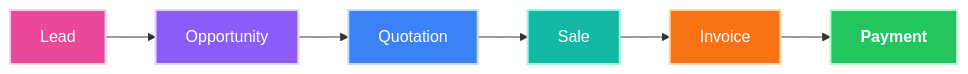
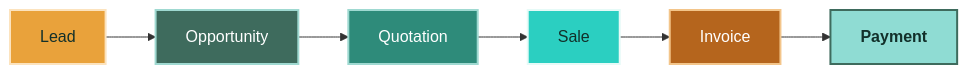
Before and after one commit to NoohSD/NoohSD: the fifth of 6 diagrams in README.md, drawn with Mermaid. The commit also changed other lines of this file, not shown here.

````diff
--- a/README.md
+++ b/README.md
@@ -254,16 +258,16 @@
 ```mermaid
 flowchart LR
     L[Lead] --> O[Opportunity] --> Q[Quotation] --> S[Sale] --> I[Invoice] --> P[Payment]
-    classDef s1 fill:#EC4899,color:#FFFFFF,stroke:#FBCFE8,stroke-width:2px
-    classDef s2 fill:#8B5CF6,color:#FFFFFF,stroke:#DDD6FE,stroke-width:2px
-    classDef s3 fill:#3B82F6,color:#FFFFFF,stroke:#BFDBFE,stroke-width:2px
-    classDef s4 fill:#14B8A6,color:#FFFFFF,stroke:#99F6E4,stroke-width:2px
-    classDef s5 fill:#F97316,color:#FFFFFF,stroke:#FED7AA,stroke-width:2px
-    classDef s6 fill:#22C55E,color:#FFFFFF,stroke:#BBF7D0,stroke-width:2px,font-weight:bold
+    classDef s1 fill:#E9A23B,color:#12302A,stroke:#FCE3BE,stroke-width:2px
+    classDef s2 fill:#3E6B5D,color:#FFFFFF,stroke:#9FD9D1,stroke-width:2px
+    classDef s3 fill:#2E8B7A,color:#FFFFFF,stroke:#9FD9D1,stroke-width:2px
+    classDef s4 fill:#2BCFC1,color:#12302A,stroke:#E6FAF7,stroke-width:2px
+    classDef s5 fill:#B5651D,color:#FFFFFF,stroke:#F3C58A,stroke-width:2px
+    classDef s6 fill:#8FDCD3,color:#12302A,stroke:#3E6B5D,stroke-width:2px,font-weight:bold
     class L s1
     class O s2
     class Q s3
     class S s4
     class I s5
     class P s6
 ```
````
